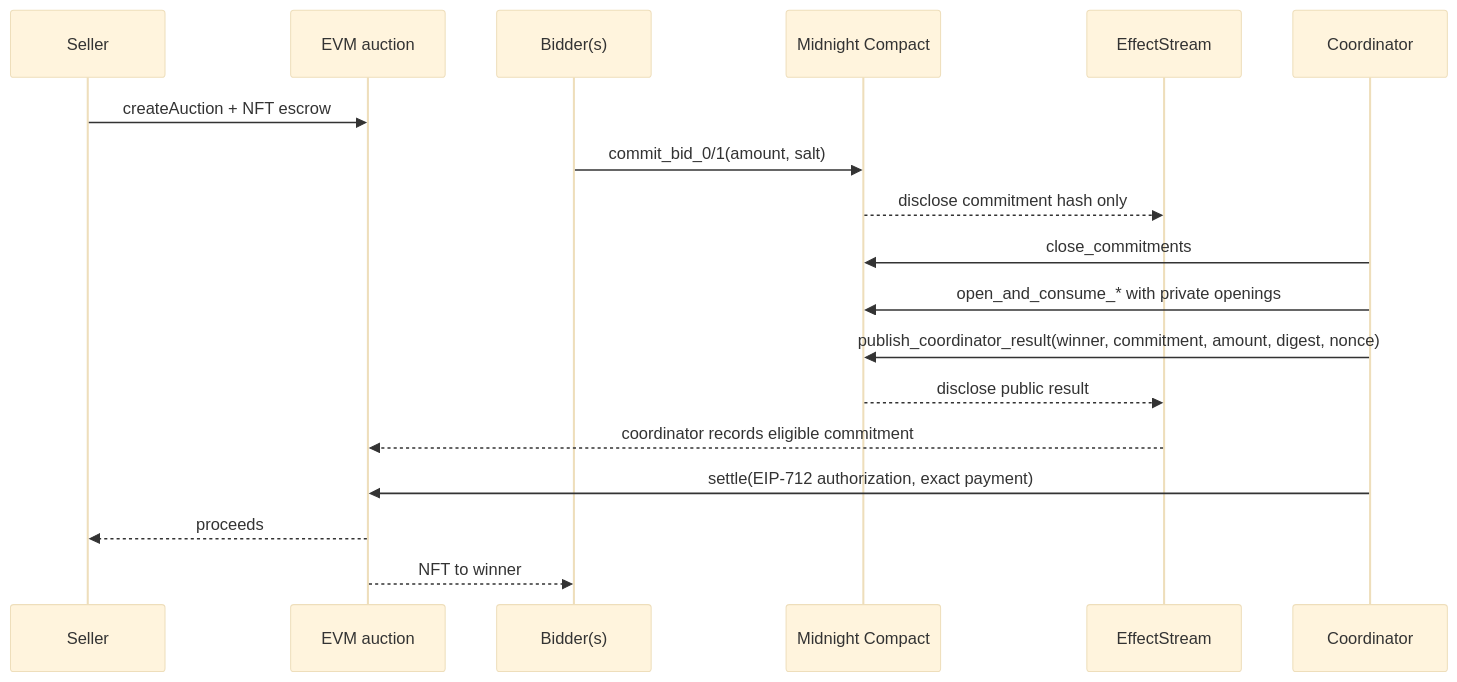
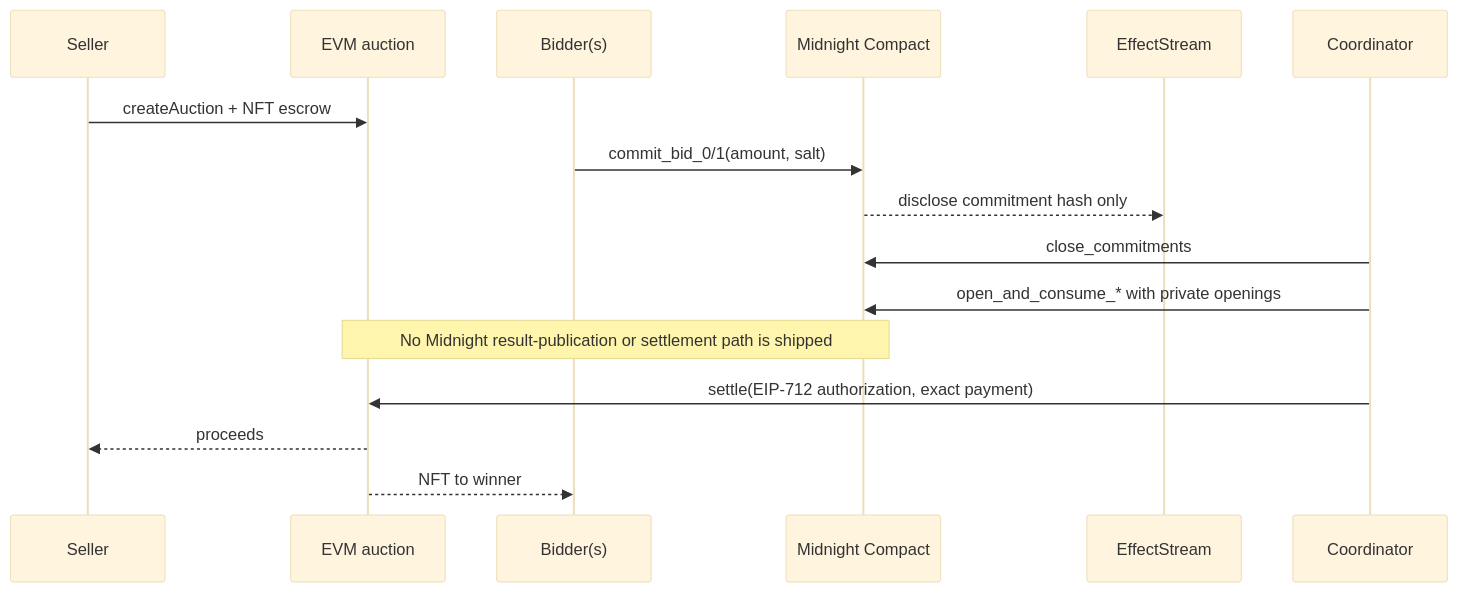
The second of 2 diagrams in templates/evm-midnight-v2/README.md (shivangraval50/shadowbid), drawn with Mermaid (base theme) before and after one commit. The commit also changed other lines of this file and 4 other files, not shown here.

````diff
--- a/templates/evm-midnight-v2/README.md
+++ b/templates/evm-midnight-v2/README.md
@@ -39,19 +38,17 @@
 ```mermaid
 sequenceDiagram
   participant S as Seller
   participant E as EVM auction
   participant B1 as Bidder(s)
   participant M as Midnight Compact
   participant X as EffectStream
   participant C as Coordinator
   S->>E: createAuction + NFT escrow
   B1->>M: commit_bid_0/1(amount, salt)
   M-->>X: disclose commitment hash only
   C->>M: close_commitments
   C->>M: open_and_consume_* with private openings
-  C->>M: publish_coordinator_result(winner, commitment, amount, digest, nonce)
-  M-->>X: disclose public result
-  X-->>E: coordinator records eligible commitment
+  Note over M,E: No Midnight result-publication or settlement path is shipped
   C->>E: settle(EIP-712 authorization, exact payment)
   E-->>S: proceeds; E-->>B1: NFT to winner
 ```
````
